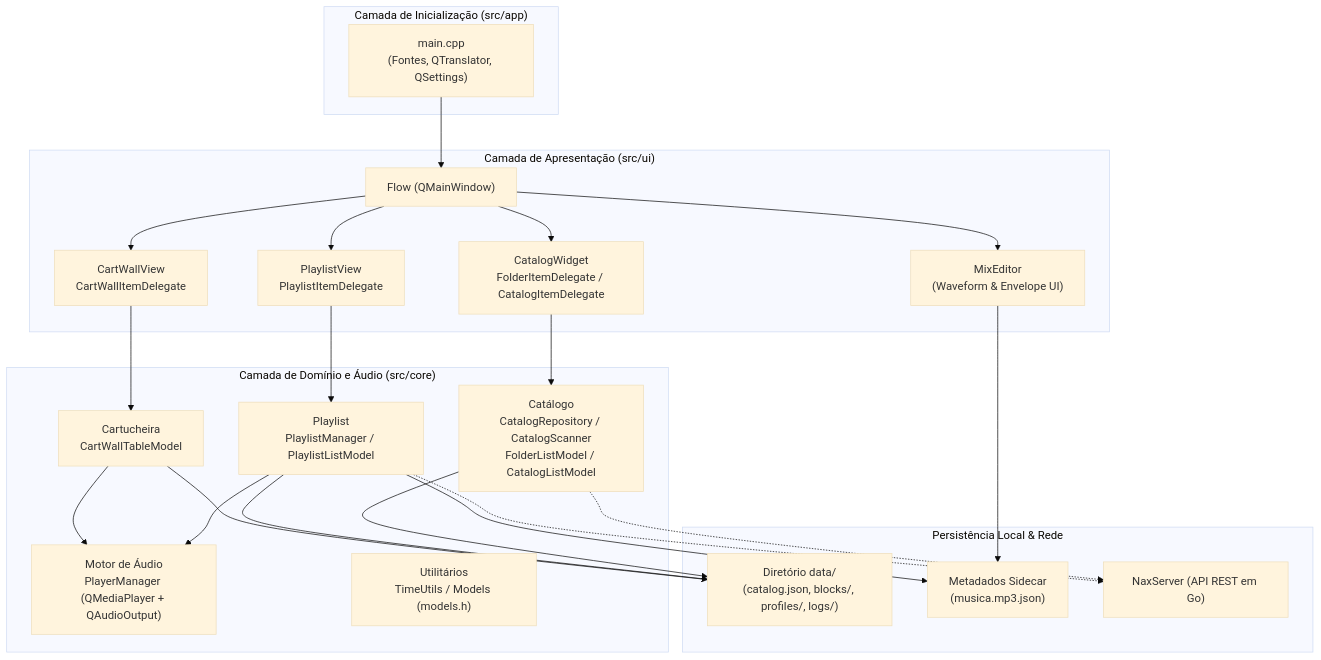
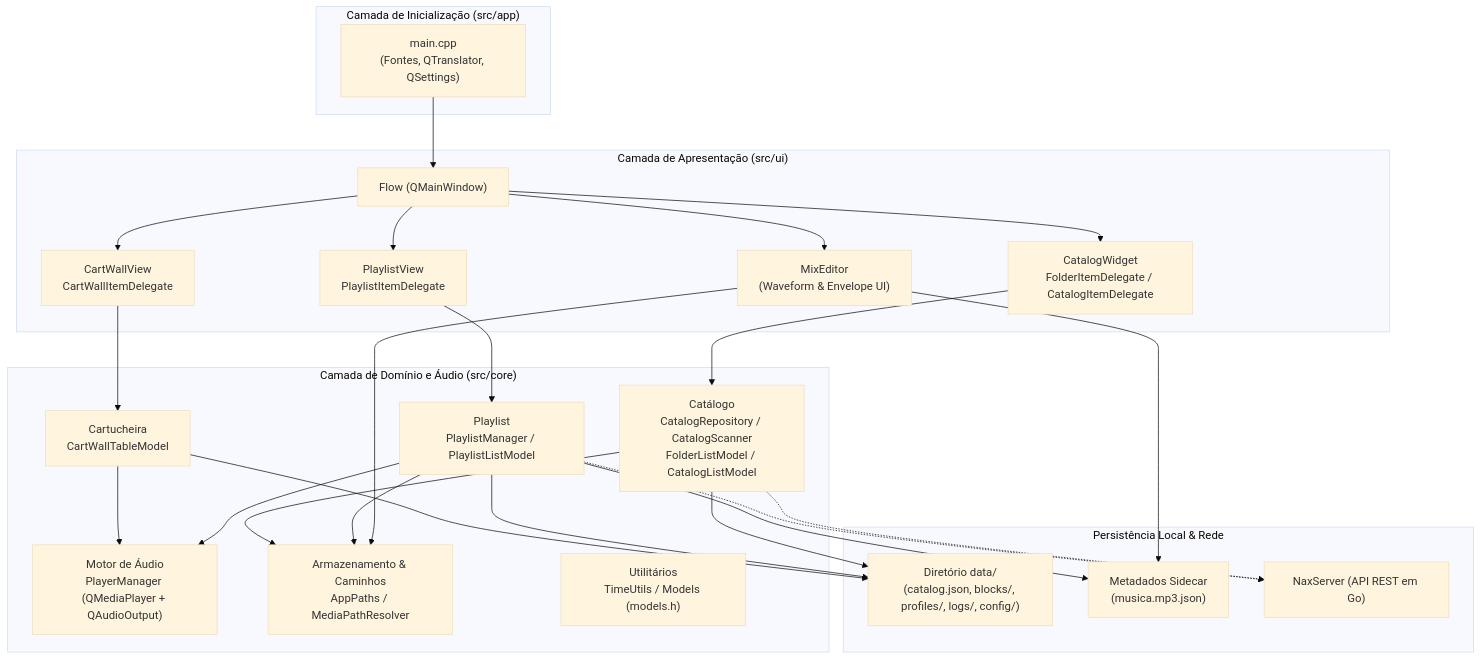
One commit to BrunoCardosoFS/NaxiStudioFlow changed the diagram in docs/architecture/overview.md. Above: the diagram before and after it, drawn with Mermaid (base theme). The commit also changed other lines of this file and 4 other files, not shown here.

First line of the commit message:
docs(core): document milestone M10 local storage, mirror paths, and CI/CD pipelines

````diff
--- a/docs/architecture/overview.md
+++ b/docs/architecture/overview.md
@@ -9,49 +9,53 @@
 ```mermaid
 flowchart TD
     subgraph App["Camada de Inicialização (src/app)"]
         Main["main.cpp\n(Fontes, QTranslator, QSettings)"]
     end
 
     subgraph UI["Camada de Apresentação (src/ui)"]
         FlowWin["Flow (QMainWindow)"]
         CatalogUI["CatalogWidget\nFolderItemDelegate / CatalogItemDelegate"]
         PlaylistUI["PlaylistView\nPlaylistItemDelegate"]
         CartWallUI["CartWallView\nCartWallItemDelegate"]
         EditorUI["MixEditor\n(Waveform & Envelope UI)"]
     end
 
     subgraph Core["Camada de Domínio e Áudio (src/core)"]
         CatalogCore["Catálogo\nCatalogRepository / CatalogScanner\nFolderListModel / CatalogListModel"]
         PlaylistCore["Playlist\nPlaylistManager / PlaylistListModel"]
         CartWallCore["Cartucheira\nCartWallTableModel"]
         AudioEngine["Motor de Áudio\nPlayerManager (QMediaPlayer + QAudioOutput)"]
+        StorageCore["Armazenamento & Caminhos\nAppPaths / MediaPathResolver"]
         Utils["Utilitários\nTimeUtils / Models (models.h)"]
     end
 
     subgraph Storage["Persistência Local & Rede"]
-        LocalData["Diretório data/\n(catalog.json, blocks/, profiles/, logs/)"]
+        LocalData["Diretório data/\n(catalog.json, blocks/, profiles/, logs/, config/)"]
         Sidecar["Metadados Sidecar\n(musica.mp3.json)"]
         NaxServer["NaxServer (API REST em Go)"]
     end
 
     Main --> FlowWin
     FlowWin --> CatalogUI
     FlowWin --> PlaylistUI
     FlowWin --> CartWallUI
     FlowWin --> EditorUI
 
     CatalogUI --> CatalogCore
     PlaylistUI --> PlaylistCore
     CartWallUI --> CartWallCore
     EditorUI --> Sidecar
+    EditorUI --> StorageCore
 
     PlaylistCore --> AudioEngine
+    PlaylistCore --> StorageCore
     CartWallCore --> AudioEngine
 
     CatalogCore --> LocalData
+    CatalogCore --> StorageCore
     PlaylistCore --> LocalData
     CartWallCore --> LocalData
     PlaylistCore --> Sidecar
     CatalogCore -.-> NaxServer
     PlaylistCore -.-> NaxServer
 ```
````
